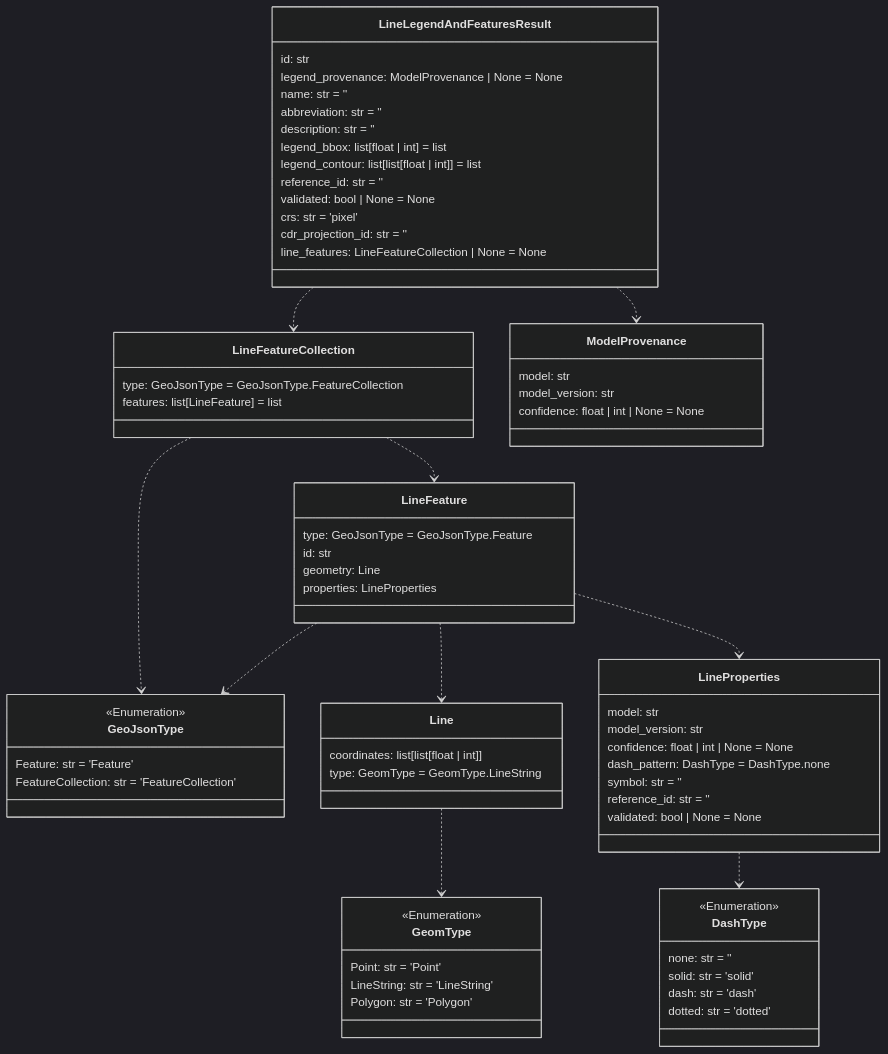
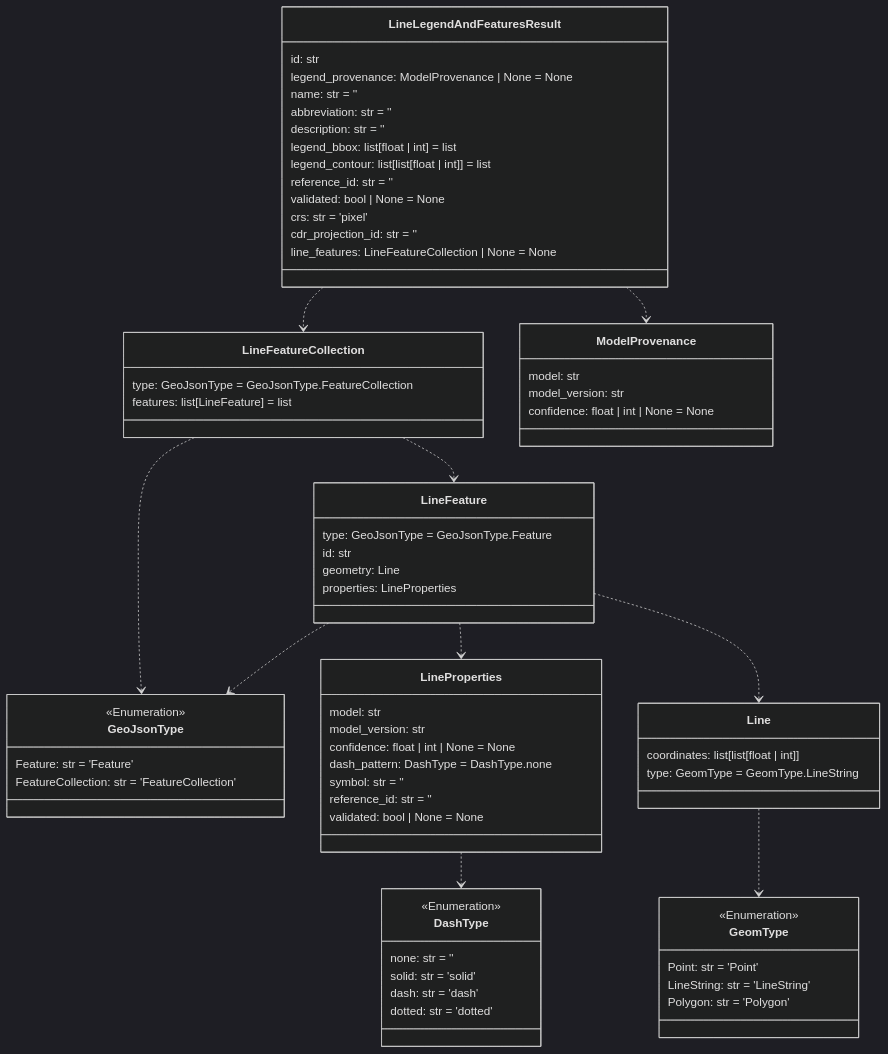
One commit to DARPA-CRITICALMAAS/cdr_schemas changed the sixth of 14 diagrams in README.md. Above: the diagram before and after it, drawn with Mermaid (dark theme). The commit also changed other lines of this file and 2 other files, not shown here.

````diff
--- a/README.md
+++ b/README.md
@@ -452,84 +452,84 @@
 ```mermaid
 classDiagram
 
     class DashType {
         <<Enumeration>>
         none: str = ''
         solid: str = 'solid'
         dash: str = 'dash'
         dotted: str = 'dotted'
     }
 
+    class GeomType {
+        <<Enumeration>>
+        Point: str = 'Point'
+        LineString: str = 'LineString'
+        Polygon: str = 'Polygon'
+    }
+
+    class LineFeatureCollection {
+        type: GeoJsonType = GeoJsonType.FeatureCollection
+        features: list[LineFeature] = list
+    }
+
     class LineFeature {
         type: GeoJsonType = GeoJsonType.Feature
         id: str
         geometry: Line
         properties: LineProperties
     }
 
-    class Line {
-        coordinates: list[list[float | int]]
-        type: GeomType = GeomType.LineString
-    }
-
-    class ModelProvenance {
-        model: str
-        model_version: str
-        confidence: float | int | None = None
-    }
-
-    class LineFeatureCollection {
-        type: GeoJsonType = GeoJsonType.FeatureCollection
-        features: list[LineFeature] = list
-    }
-
-    class GeomType {
-        <<Enumeration>>
-        Point: str = 'Point'
-        LineString: str = 'LineString'
-        Polygon: str = 'Polygon'
-    }
-
     class GeoJsonType {
         <<Enumeration>>
         Feature: str = 'Feature'
         FeatureCollection: str = 'FeatureCollection'
-    }
-
-    class LineProperties {
-        model: str
-        model_version: str
-        confidence: float | int | None = None
-        dash_pattern: DashType = DashType.none
-        symbol: str = ''
-        reference_id: str = ''
-        validated: bool | None = None
     }
 
     class LineLegendAndFeaturesResult {
         id: str
         legend_provenance: ModelProvenance | None = None
         name: str = ''
         abbreviation: str = ''
         description: str = ''
         legend_bbox: list[float | int] = list
         legend_contour: list[list[float | int]] = list
         reference_id: str = ''
         validated: bool | None = None
         crs: str = 'pixel'
         cdr_projection_id: str = ''
         line_features: LineFeatureCollection | None = None
     }
 
+    class Line {
+        coordinates: list[list[float | int]]
+        type: GeomType = GeomType.LineString
+    }
+
+    class ModelProvenance {
+        model: str
+        model_version: str
+        confidence: float | int | None = None
+    }
+
+    class LineProperties {
+        model: str
+        model_version: str
+        confidence: float | int | None = None
+        dash_pattern: DashType = DashType.none
+        symbol: str = ''
+        reference_id: str = ''
+        validated: bool | None = None
+    }
+
     Line ..> GeomType
     LineProperties ..> DashType
     LineFeature ..> GeoJsonType
+    LineFeature ..> LineProperties
     LineFeature ..> Line
-    LineFeature ..> LineProperties
+    LineFeatureCollection ..> LineFeature
     LineFeatureCollection ..> GeoJsonType
-    LineFeatureCollection ..> LineFeature
     LineLegendAndFeaturesResult ..> LineFeatureCollection
     LineLegendAndFeaturesResult ..> ModelProvenance
 
 
 ```
````
